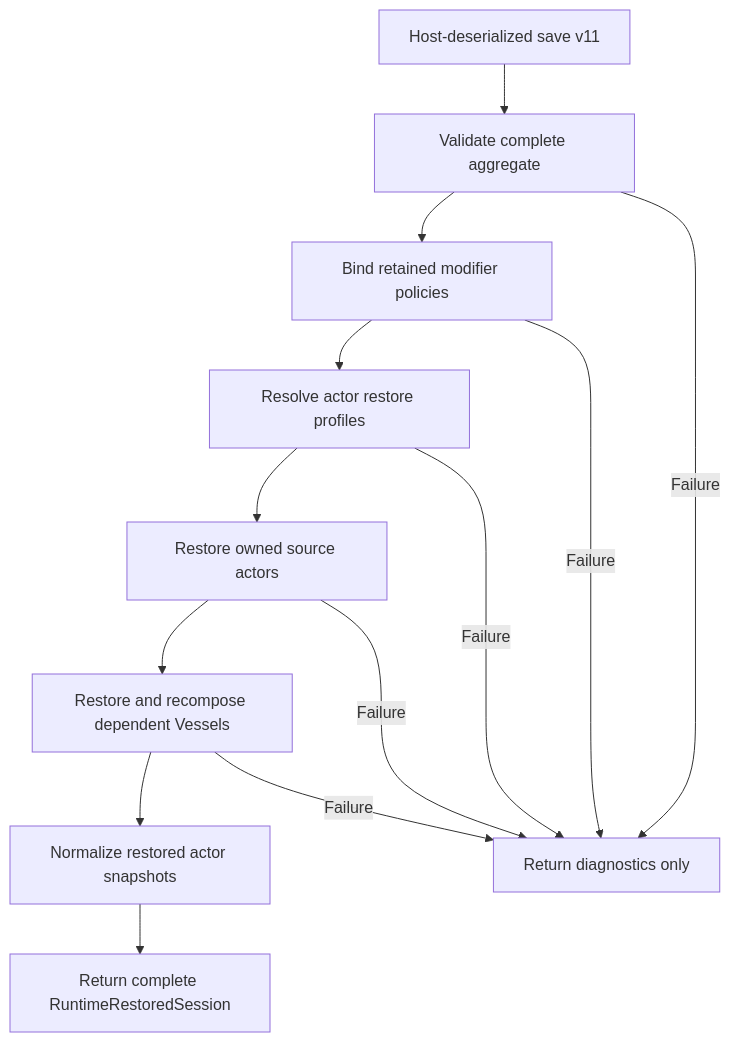
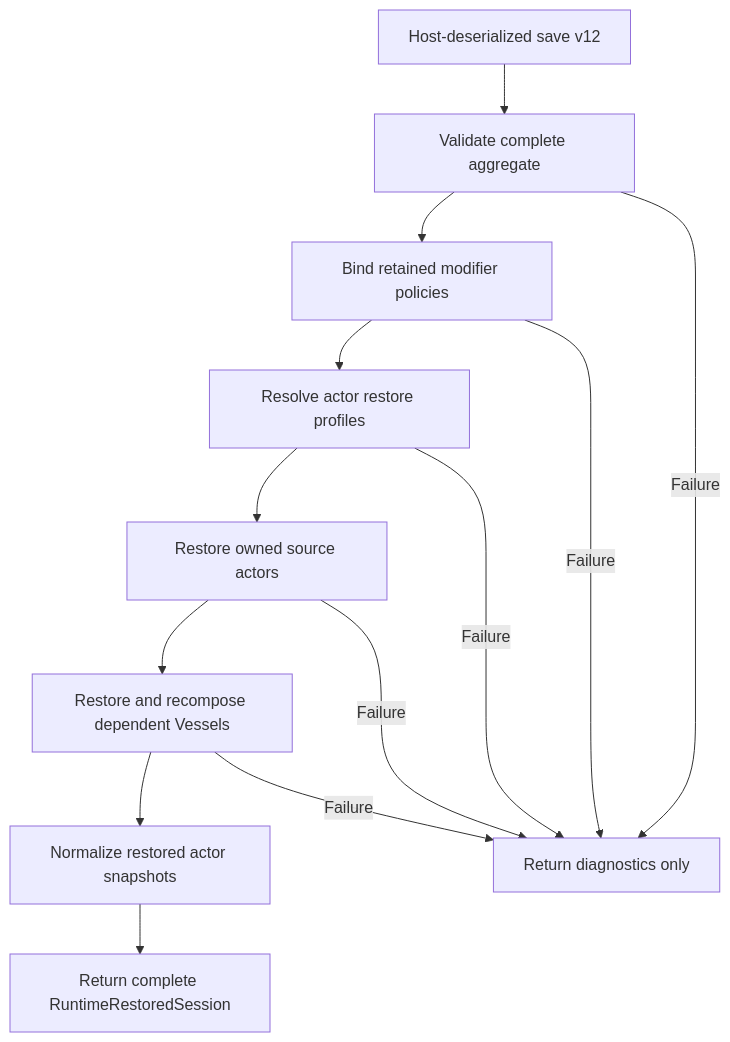
Before and after one commit to KayelC/Convergence: the fifth of 5 diagrams in docs/developer-guide/actors-and-runtime-state.md, drawn with Mermaid. The commit also changed 53 other files, not shown here.

````diff
--- a/docs/developer-guide/actors-and-runtime-state.md
+++ b/docs/developer-guide/actors-and-runtime-state.md
@@ -344,15 +344,15 @@
 ```mermaid
 flowchart TD
-    Save["Host-deserialized save v11"] --> Validate["Validate complete aggregate"]
+    Save["Host-deserialized save v12"] --> Validate["Validate complete aggregate"]
     Validate --> Modifiers["Bind retained modifier policies"]
     Modifiers --> Profiles["Resolve actor restore profiles"]
     Profiles --> Sources["Restore owned source actors"]
     Sources --> Vessels["Restore and recompose dependent Vessels"]
     Vessels --> Normalize["Normalize restored actor snapshots"]
     Normalize --> Session["Return complete RuntimeRestoredSession"]
     Validate -->|Failure| Reject["Return diagnostics only"]
     Modifiers -->|Failure| Reject
     Profiles -->|Failure| Reject
     Sources -->|Failure| Reject
     Vessels -->|Failure| Reject
 ```
````
